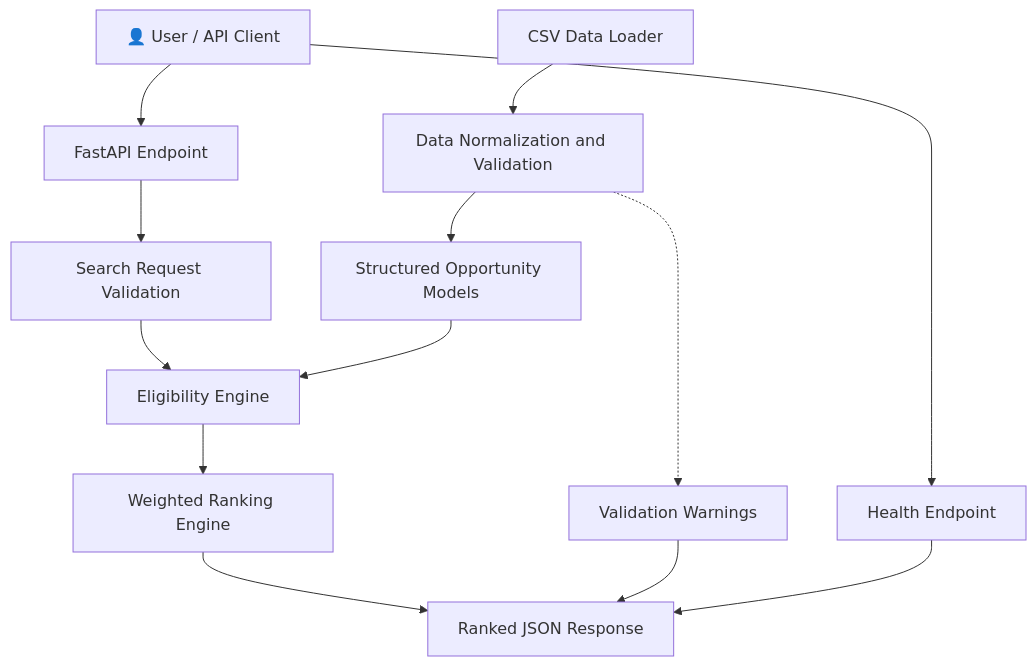
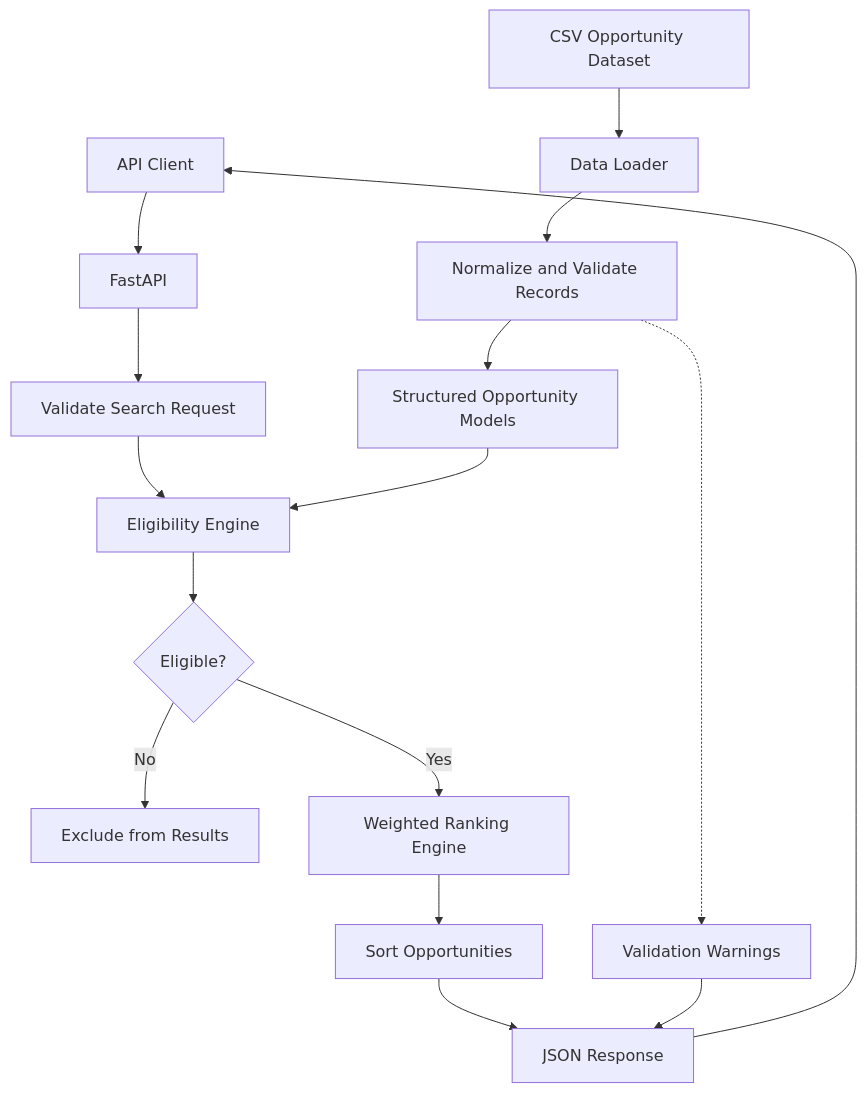
One commit to Harinath125/finance_api changed the second of 3 diagrams in README.md. Above: the diagram before and after it, drawn with Mermaid. The commit also changed other lines of this file, not shown here.

````diff
--- a/README.md
+++ b/README.md
@@ -79,27 +74,18 @@
 ```mermaid
 flowchart TD
-    USER["👤 User / API Client"]
-    API["FastAPI Endpoint"]
-    REQUEST["Search Request Validation"]
-    LOADER["CSV Data Loader"]
-    VALIDATOR["Data Normalization and Validation"]
-    MODELS["Structured Opportunity Models"]
-    ELIGIBILITY["Eligibility Engine"]
-    RANKING["Weighted Ranking Engine"]
-    RESPONSE["Ranked JSON Response"]
-    WARNINGS["Validation Warnings"]
-    HEALTH["Health Endpoint"]
-
-    USER --> API
-    API --> REQUEST
-    LOADER --> VALIDATOR
-    VALIDATOR --> MODELS
-    REQUEST --> ELIGIBILITY
-    MODELS --> ELIGIBILITY
-    ELIGIBILITY --> RANKING
-    RANKING --> RESPONSE
-    VALIDATOR -.-> WARNINGS
-    WARNINGS --> RESPONSE
-    USER --> HEALTH
-    HEALTH --> RESPONSE
+    A[API Client] --> B[FastAPI]
+    B --> C[Validate Search Request]
+    D[CSV Opportunity Dataset] --> E[Data Loader]
+    E --> F[Normalize and Validate Records]
+    F --> G[Structured Opportunity Models]
+    C --> H[Eligibility Engine]
+    G --> H
+    H --> I{Eligible?}
+    I -->|No| J[Exclude from Results]
+    I -->|Yes| K[Weighted Ranking Engine]
+    K --> L[Sort Opportunities]
+    F -.-> M[Validation Warnings]
+    L --> N[JSON Response]
+    M --> N
+    N --> A
 ```
````
